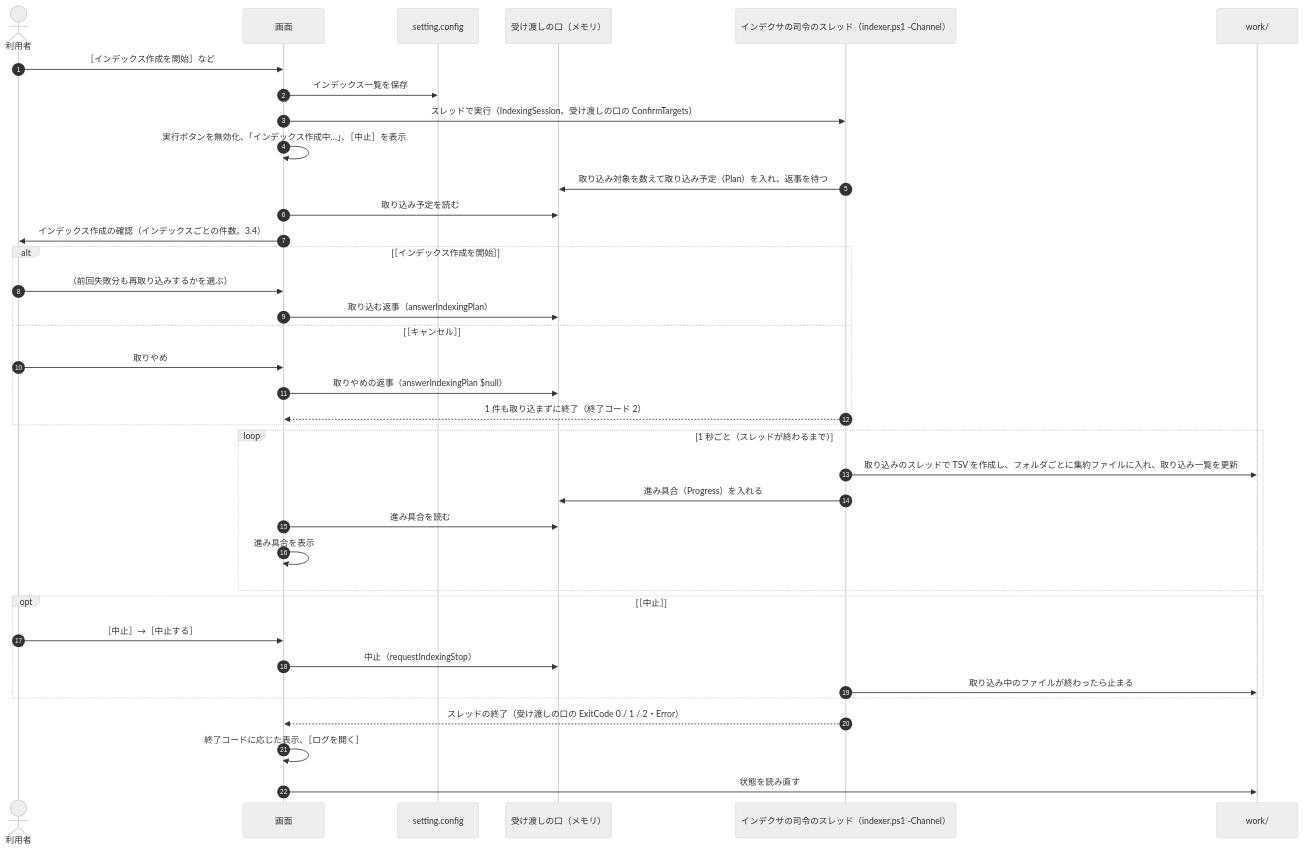
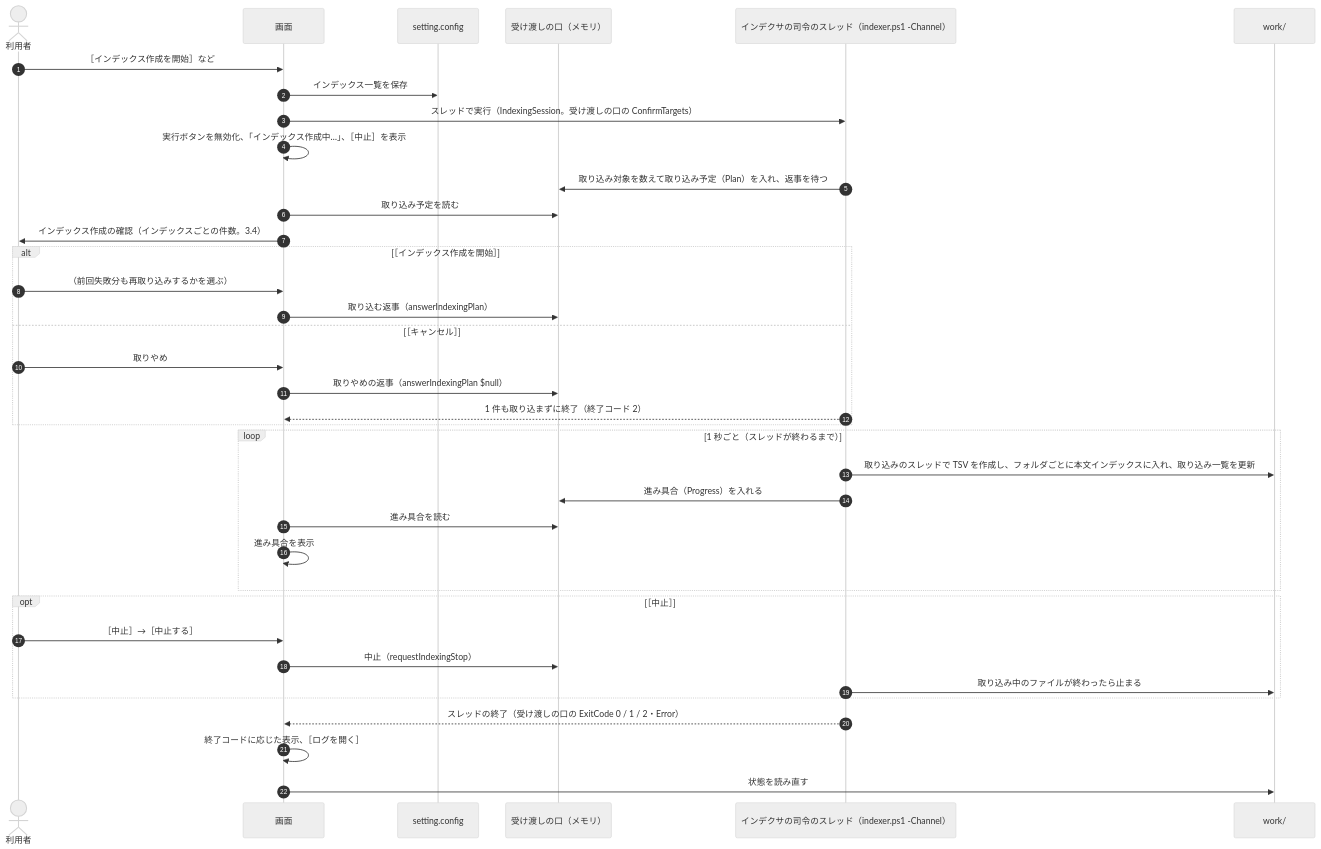
One commit to hsgwa/tebunko changed the third of 5 diagrams in docs/design/gui/state-flow.md. Above: the diagram before and after it, drawn with Mermaid (neutral theme). The commit also changed other lines of this file and 27 other files, not shown here.

````diff
--- a/docs/design/gui/state-flow.md
+++ b/docs/design/gui/state-flow.md
@@ -82,40 +82,40 @@
 ```mermaid
 sequenceDiagram
     autonumber
     actor U as 利用者
     participant G as 画面
     participant C as setting.config
     participant K as 受け渡しの口（メモリ）
     participant P as インデクサの司令のスレッド（indexer.ps1 -Channel）
     participant W as work/
 
     U->>G: ［インデックス作成を開始］など
     G->>C: インデックス一覧を保存
     G->>P: スレッドで実行（IndexingSession。受け渡しの口の ConfirmTargets）
     G->>G: 実行ボタンを無効化、「インデックス作成中…」、［中止］を表示
     P->>K: 取り込み対象を数えて取り込み予定（Plan）を入れ、返事を待つ
     G->>K: 取り込み予定を読む
     G->>U: インデックス作成の確認（インデックスごとの件数。3.4）
     alt ［インデックス作成を開始］
         U->>G: （前回失敗分も再取り込みするかを選ぶ）
         G->>K: 取り込む返事（answerIndexingPlan）
     else ［キャンセル］
         U->>G: 取りやめ
         G->>K: 取りやめの返事（answerIndexingPlan $null）
         P-->>G: 1 件も取り込まずに終了（終了コード 2）
     end
     loop 1 秒ごと（スレッドが終わるまで）
-        P->>W: 取り込みのスレッドで TSV を作成し、フォルダごとに集約ファイルに入れ、取り込み一覧を更新
+        P->>W: 取り込みのスレッドで TSV を作成し、フォルダごとに本文インデックスに入れ、取り込み一覧を更新
         P->>K: 進み具合（Progress）を入れる
         G->>K: 進み具合を読む
         G->>G: 進み具合を表示
     end
     opt ［中止］
         U->>G: ［中止］→［中止する］
         G->>K: 中止（requestIndexingStop）
         P->>W: 取り込み中のファイルが終わったら止まる
     end
     P-->>G: スレッドの終了（受け渡しの口の ExitCode 0 / 1 / 2・Error）
     G->>G: 終了コードに応じた表示、［ログを開く］
     G->>W: 状態を読み直す
 ```
````
